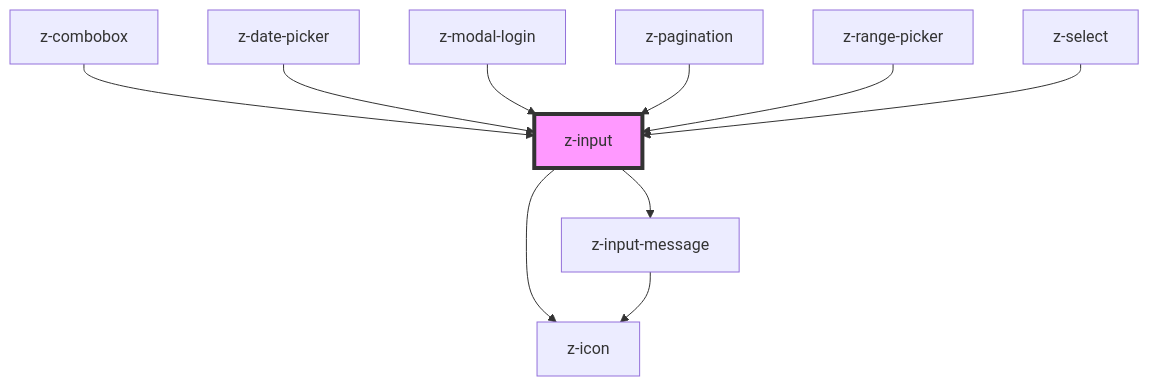
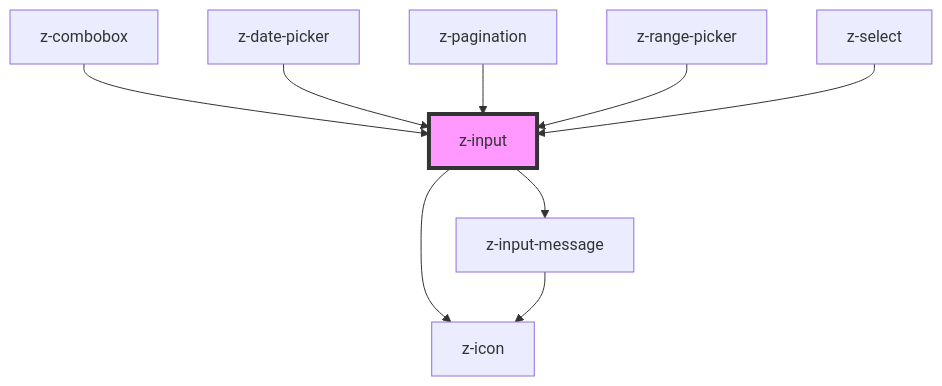
The diagram in src/components/inputs/z-input/readme.md (ZanichelliEditore/design-system), drawn with Mermaid before and after one commit. The commit also changed other lines of this file and 11 other files, not shown here.

````diff
--- a/src/components/inputs/z-input/readme.md
+++ b/src/components/inputs/z-input/readme.md
@@ -208,13 +207,12 @@
 ```mermaid
 graph TD;
   z-input --> z-icon
   z-input --> z-input-message
   z-input-message --> z-icon
   z-combobox --> z-input
   z-date-picker --> z-input
-  z-modal-login --> z-input
   z-pagination --> z-input
   z-range-picker --> z-input
   z-select --> z-input
   style z-input fill:#f9f,stroke:#333,stroke-width:4px
 ```
````
